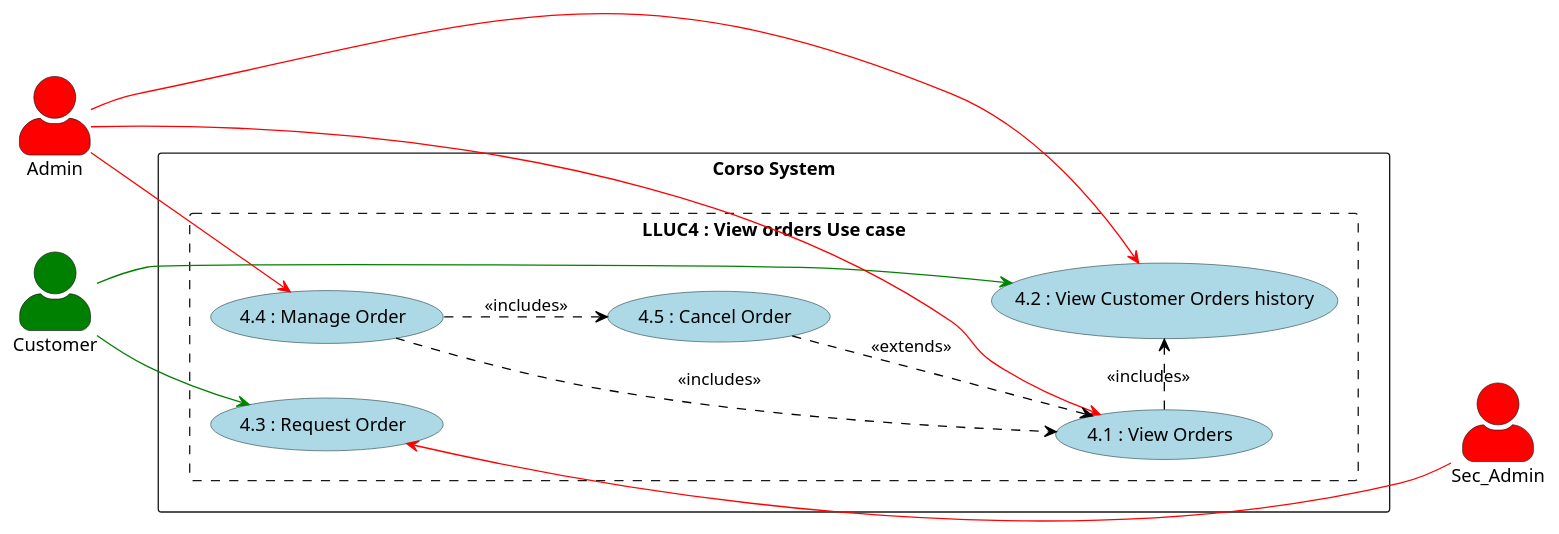
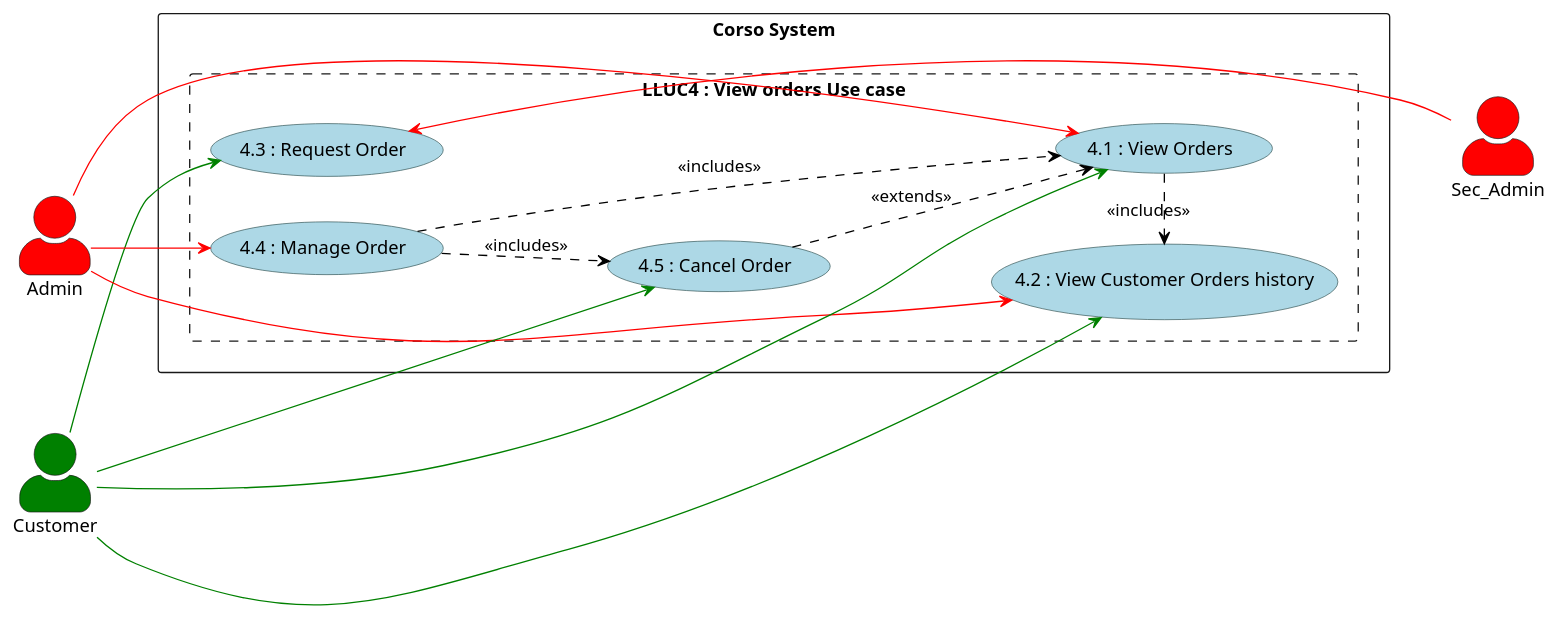
One commit to DylanBrass/Corso-Website changed the diagram in Diagrams/UseCases/Low Level/LL_Orders.puml. Above: the diagram before and after it, drawn with PlantUML. The commit also changed 27 other files, not shown here.

```diff
--- a/Diagrams/UseCases/Low Level/LL_Orders.puml
+++ b/Diagrams/UseCases/Low Level/LL_Orders.puml
@@ -1,39 +1,42 @@
 @startuml
 left to right direction
 skinparam actorStyle awesome
 skinparam usecase {
     BackgroundColor LightBlue
     BorderColor DarkSlateGray
     ArrowColor Black
     ActorBorderColor black
     ActorFontName Courier
     ActorBackgroundColor<< Human >> Gold
 }
 actor Sec_Admin #Red
 actor  "Admin" as Admin #Red
 actor  "Customer" as User #Green
 rectangle "Corso System"{
   rectangle "LLUC4 : View orders Use case" as Orders #line.dashed {
       usecase "4.1 : View Orders" as UC8
       usecase "4.2 : View Customer Orders history" as UC9
       usecase "4.3 : Request Order" as UC10
       usecase "4.4 : Manage Order" as UC11
       usecase "4.5 : Cancel Order" as UC12
 
       User -[#green]-> UC9
       User -[#green]-> UC10
       Admin -[#red]-> UC8
       Admin -[#red]-> UC9
       Admin -[#red]-> UC11
       UC11 -[dashed]-> UC8 : <<includes>>
       UC10 <-[#red]- Sec_Admin
 
       UC11 -[dashed]-> UC12 : <<includes>>
       UC8 -[dashed]> UC9 : <<includes>>
       UC12 -[dashed]-> UC8  : <<extends>>
 
       UC8 -[hidden]-> Sec_Admin
       UC9 -[hidden]-> Sec_Admin
+
+      User -[#green]-> UC8
+      User -[#green]-> UC12
   }
 }
 @endpuml
```
